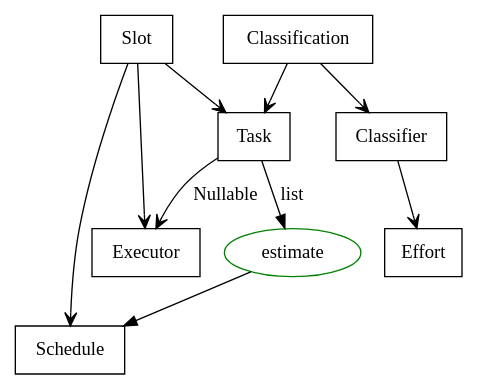
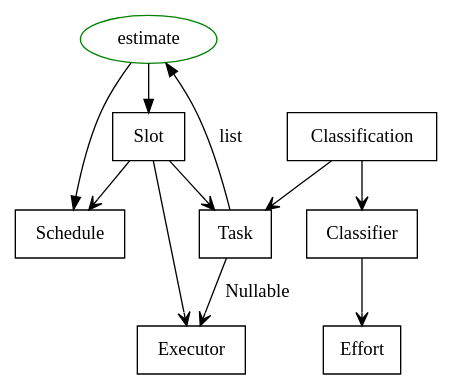
Before and after one commit to knowark/estimark: the diagram in docs/architecture/domain.rst, drawn with Graphviz.

Commit message:
Define the estimate - slot relationship

```diff
--- a/docs/architecture/domain.rst
+++ b/docs/architecture/domain.rst
@@ -5,38 +5,39 @@
 .. graphviz::
 
    digraph {
 
     // Processes
     ////////////
 
     estimate [color=green]
    
     // Objects
     //////////
 
     Task [shape=box]
     Classifier [shape=box]
     Classification [shape=box]
     Effort [shape=box]
     Executor [shape=box]
     Schedule [shape=box]
     Slot [shape=box]
 
     // Relations
     ////////////
 
     Task -> estimate [label=list]
     
     estimate -> Schedule
+    estimate -> Slot
 
     Task -> Executor [arrowhead=vee, label=Nullable]
     Classifier -> Effort [arrowhead=vee]
     
     Slot -> Task [arrowhead=vee]
     Slot -> Executor [arrowhead=vee]
     Slot -> Schedule [arrowhead=vee]
 
     Classification -> Task [arrowhead=vee]
     Classification -> Classifier [arrowhead=vee]
 
     }
```
